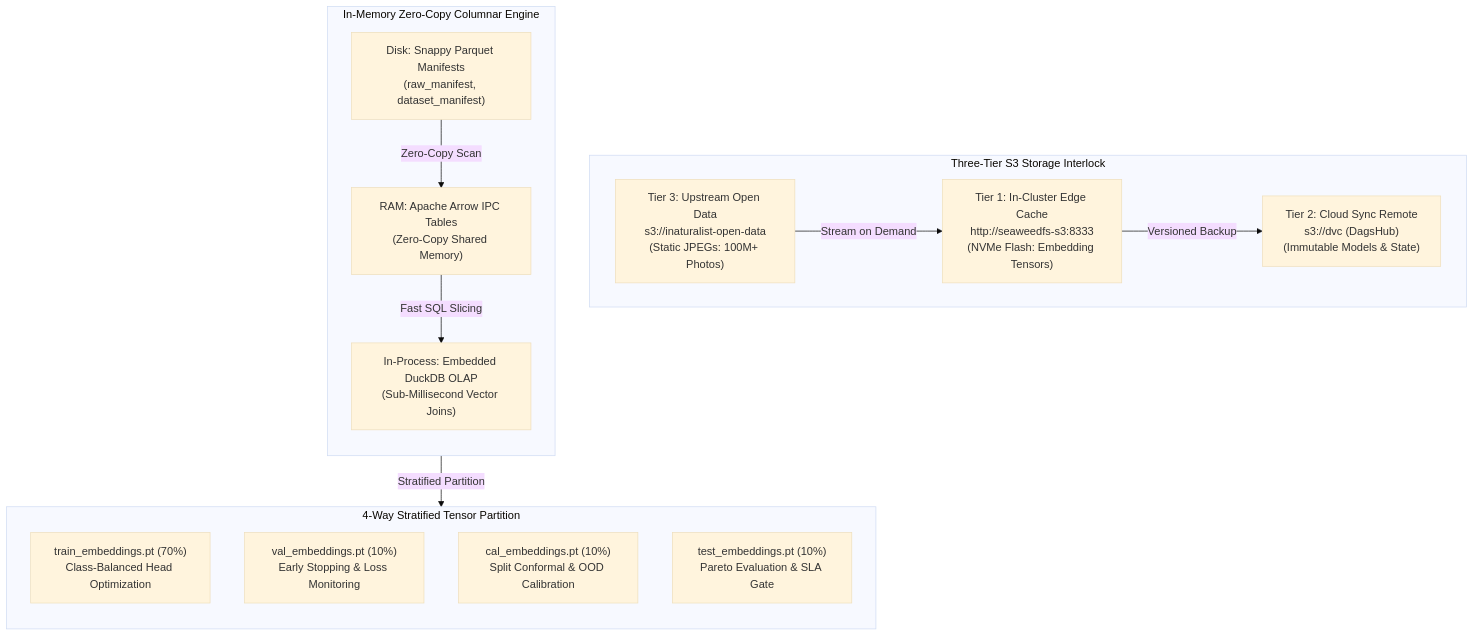
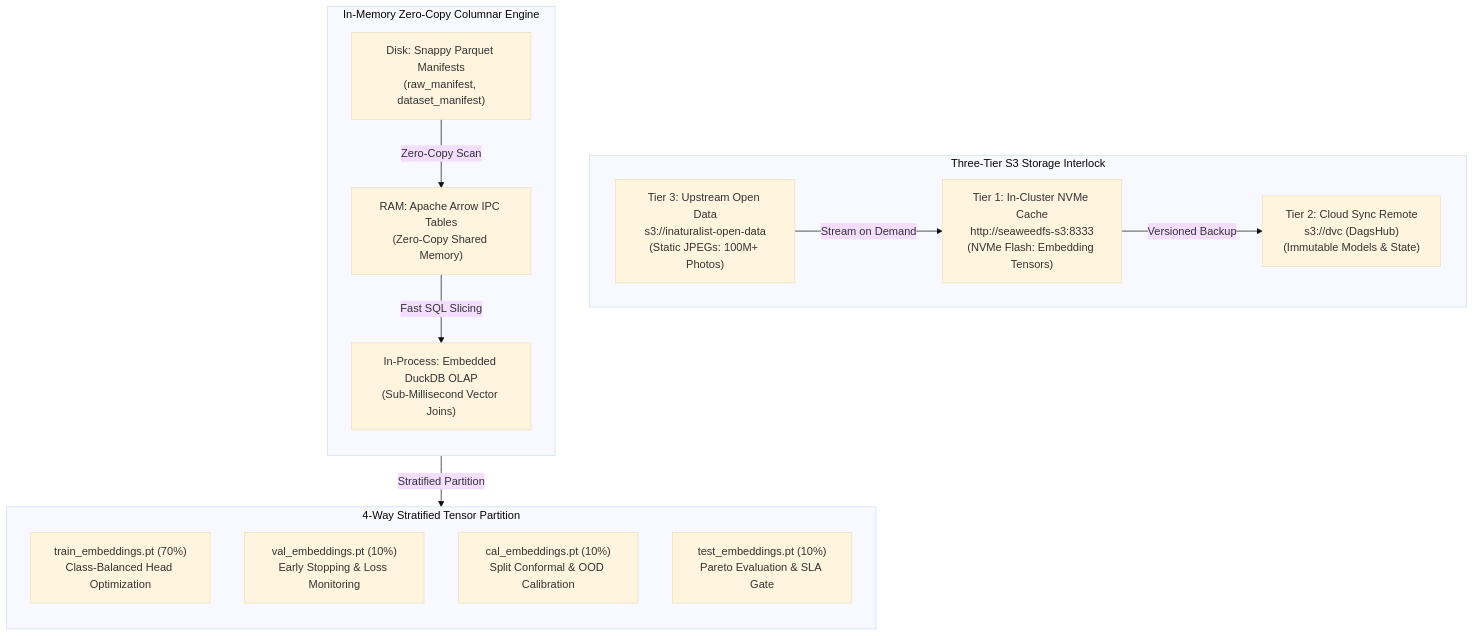
One commit to foersben/taxon-vision-mlops changed the first of 2 diagrams in docs/mlops_pipeline/storage_and_databases.md. Above: the diagram before and after it, drawn with Mermaid (base theme). The commit also changed other lines of this file and 8 other files, not shown here.

Commit message:
docs: correct single-server storage architecture and eliminate misleading edge network references

````diff
--- a/docs/mlops_pipeline/storage_and_databases.md
+++ b/docs/mlops_pipeline/storage_and_databases.md
@@ -17,31 +17,31 @@
 ```mermaid
 flowchart TD
     subgraph S3Interlock["Three-Tier S3 Storage Interlock"]
         direction LR
         S3Upstream["Tier 3: Upstream Open Data<br/>s3://inaturalist-open-data<br/>(Static JPEGs: 100M+ Photos)"]
-        S3Edge["Tier 1: In-Cluster Edge Cache<br/>http://seaweedfs-s3:8333<br/>(NVMe Flash: Embedding Tensors)"]
+        S3Edge["Tier 1: In-Cluster NVMe Cache<br/>http://seaweedfs-s3:8333<br/>(NVMe Flash: Embedding Tensors)"]
         S3Cloud["Tier 2: Cloud Sync Remote<br/>s3://dvc (DagsHub)<br/>(Immutable Models & State)"]
     end
 
     subgraph ColumnarEngine["In-Memory Zero-Copy Columnar Engine"]
         direction TB
         ParquetDisk["Disk: Snappy Parquet Manifests<br/>(raw_manifest, dataset_manifest)"]
         ArrowIPC["RAM: Apache Arrow IPC Tables<br/>(Zero-Copy Shared Memory)"]
         DuckDBQuery["In-Process: Embedded DuckDB OLAP<br/>(Sub-Millisecond Vector Joins)"]
     end
 
     subgraph TensorSplits["4-Way Stratified Tensor Partition"]
         direction TB
         TrainT["train_embeddings.pt (70%)<br/>Class-Balanced Head Optimization"]
         ValT["val_embeddings.pt (10%)<br/>Early Stopping & Loss Monitoring"]
         CalT["cal_embeddings.pt (10%)<br/>Split Conformal & OOD Calibration"]
         TestT["test_embeddings.pt (10%)<br/>Pareto Evaluation & SLA Gate"]
     end
 
     S3Upstream -->|Stream on Demand| S3Edge
     S3Edge -->|Versioned Backup| S3Cloud
 
     ParquetDisk -->|Zero-Copy Scan| ArrowIPC
     ArrowIPC -->|Fast SQL Slicing| DuckDBQuery
     DuckDBQuery -->|Stratified Partition| TensorSplits
 ```
````
